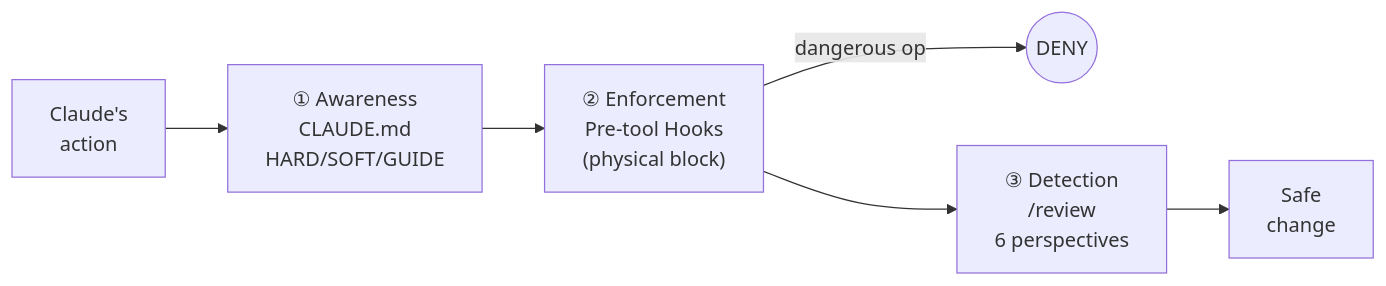
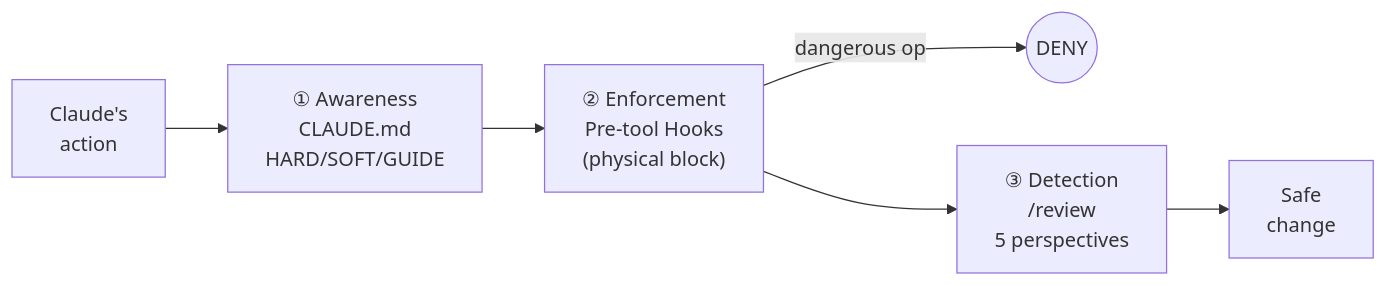
One commit to SideMountain/claude-code-sidekick changed the third of 5 diagrams in README.md. Above: the diagram before and after it, drawn with Mermaid. The commit also changed other lines of this file and 11 other files, not shown here.

````diff
--- a/README.md
+++ b/README.md
@@ -247,9 +253,9 @@
 ```mermaid
 flowchart LR
     OP["Claude's<br/>action"] --> L1
     L1["① Awareness<br/>CLAUDE.md<br/>HARD/SOFT/GUIDE"] --> L2
     L2["② Enforcement<br/>Pre-tool Hooks<br/>(physical block)"]
     L2 -->|"dangerous op"| DENY(("DENY"))
     L2 --> L3
-    L3["③ Detection<br/>/review<br/>6 perspectives"] --> SAFE["Safe<br/>change"]
+    L3["③ Detection<br/>/review<br/>5 perspectives"] --> SAFE["Safe<br/>change"]
 ```
````
